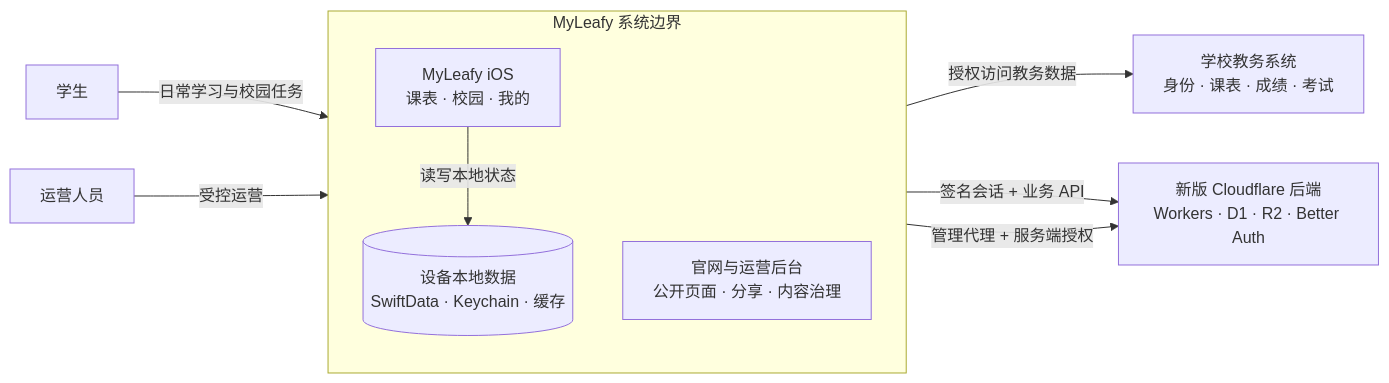
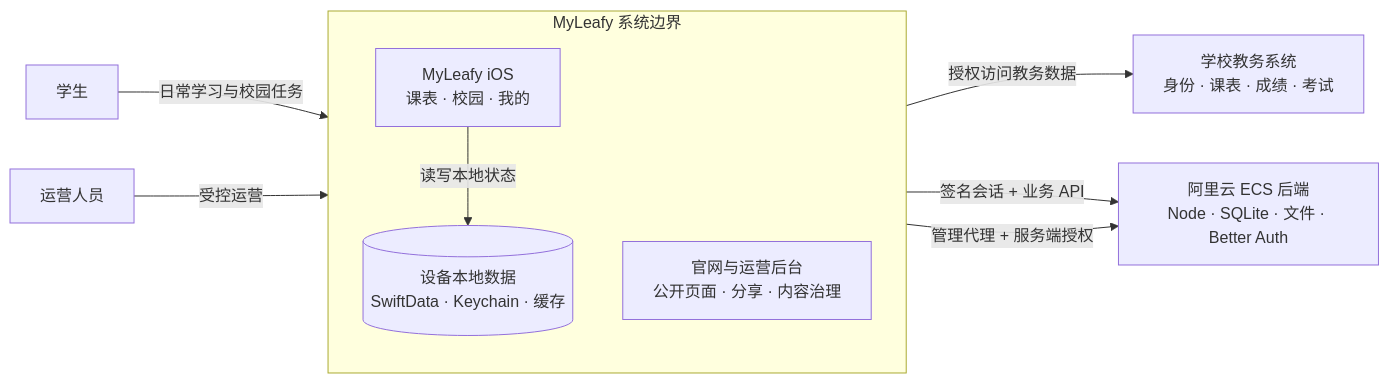
Before and after one commit to IsaacHuo/MyLeafy: the first of 2 diagrams in state/ARCHITECTURE.md, drawn with Mermaid. The commit also changed other lines of this file and 10 other files, not shown here.

````diff
--- a/state/ARCHITECTURE.md
+++ b/state/ARCHITECTURE.md
@@ -23,22 +23,22 @@
 ```mermaid
 flowchart LR
     Student["学生"]
     Operator["运营人员"]
 
     subgraph Product["MyLeafy 系统边界"]
         direction TB
         IOS["MyLeafy iOS<br/>课表 · 校园 · 我的"]
         Local[("设备本地数据<br/>SwiftData · Keychain · 缓存")]
         Web["官网与运营后台<br/>公开页面 · 分享 · 内容治理"]
         IOS -->|读写本地状态| Local
     end
 
     School["学校教务系统<br/>身份 · 课表 · 成绩 · 考试"]
-    Backend["新版 Cloudflare 后端<br/>Workers · D1 · R2 · Better Auth"]
+    Backend["阿里云 ECS 后端<br/>Node · SQLite · 文件 · Better Auth"]
 
     Student -->|日常学习与校园任务| IOS
     Operator -->|受控运营| Web
     IOS -->|授权访问教务数据| School
     IOS -->|签名会话 + 业务 API| Backend
     Web -->|管理代理 + 服务端授权| Backend
 ```
````
